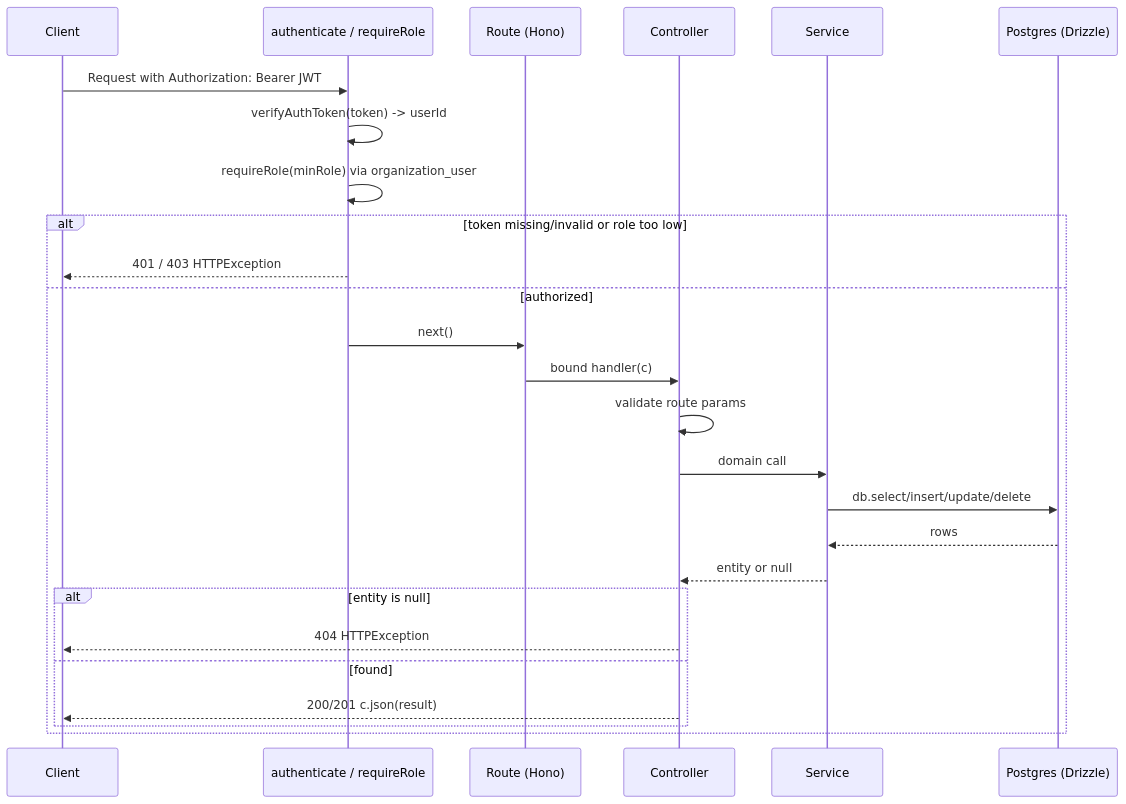
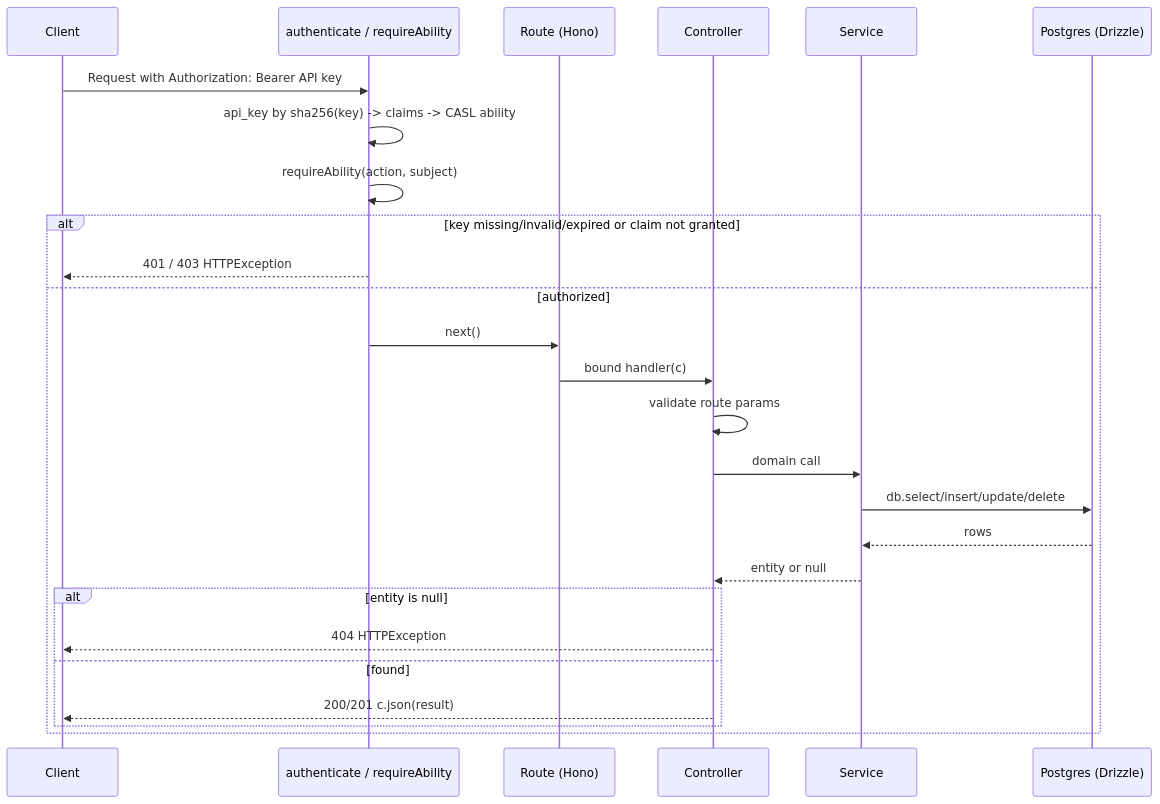
Before and after one commit to Abhinav5050649/mail-rocket: the second of 6 diagrams in bun/api/docs/ARCHITECTURE.md, drawn with Mermaid. The commit also changed other lines of this file and 129 other files, not shown here.

First line of the commit message:
feat(api): API keys with CASL claims replace users and multi-tenancy

````diff
--- a/bun/api/docs/ARCHITECTURE.md
+++ b/bun/api/docs/ARCHITECTURE.md
@@ -57,29 +57,29 @@
 ```mermaid
 sequenceDiagram
     participant C as Client
-    participant MW as authenticate / requireRole
+    participant MW as authenticate / requireAbility
     participant Rt as Route (Hono)
     participant Ctl as Controller
     participant Svc as Service
     participant DB as Postgres (Drizzle)
 
-    C->>MW: Request with Authorization: Bearer JWT
-    MW->>MW: verifyAuthToken(token) -> userId
-    MW->>MW: requireRole(minRole) via organization_user
-    alt token missing/invalid or role too low
+    C->>MW: Request with Authorization: Bearer API key
+    MW->>MW: api_key by sha256(key) -> claims -> CASL ability
+    MW->>MW: requireAbility(action, subject)
+    alt key missing/invalid/expired or claim not granted
         MW-->>C: 401 / 403 HTTPException
     else authorized
         MW->>Rt: next()
         Rt->>Ctl: bound handler(c)
         Ctl->>Ctl: validate route params
         Ctl->>Svc: domain call
         Svc->>DB: db.select/insert/update/delete
         DB-->>Svc: rows
         Svc-->>Ctl: entity or null
         alt entity is null
             Ctl-->>C: 404 HTTPException
         else found
             Ctl-->>C: 200/201 c.json(result)
         end
     end
 ```
````
